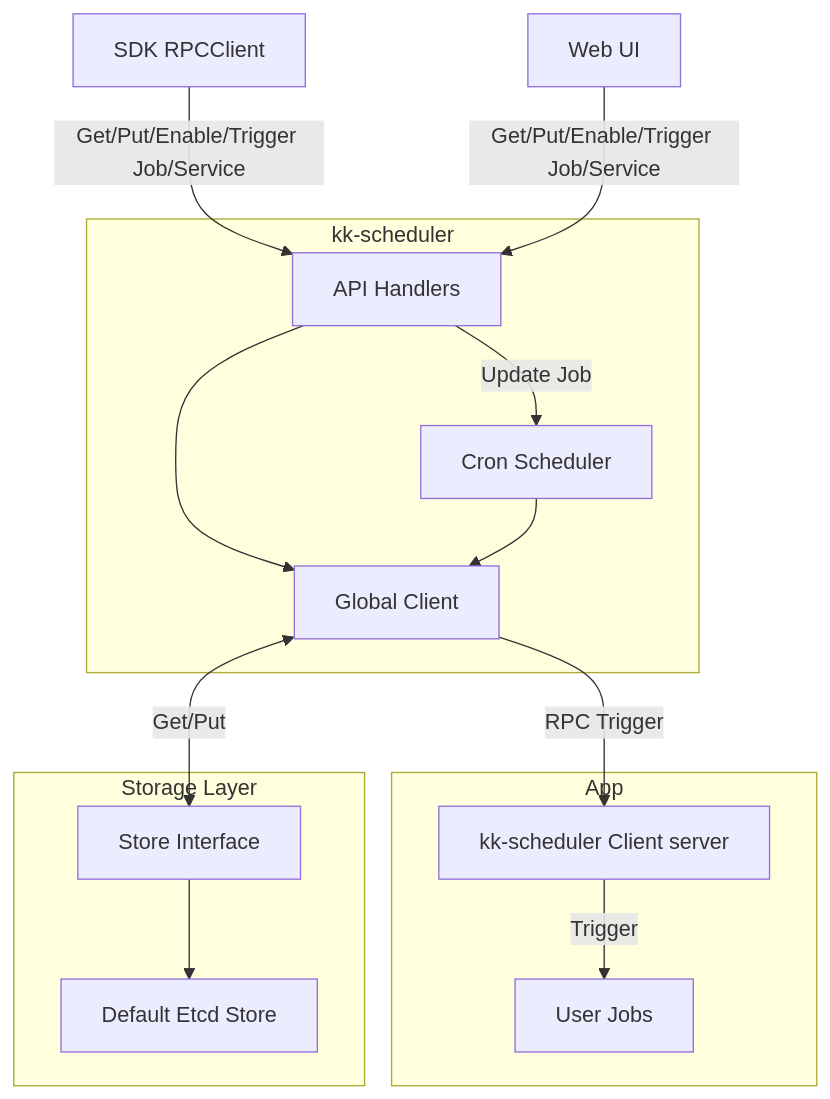
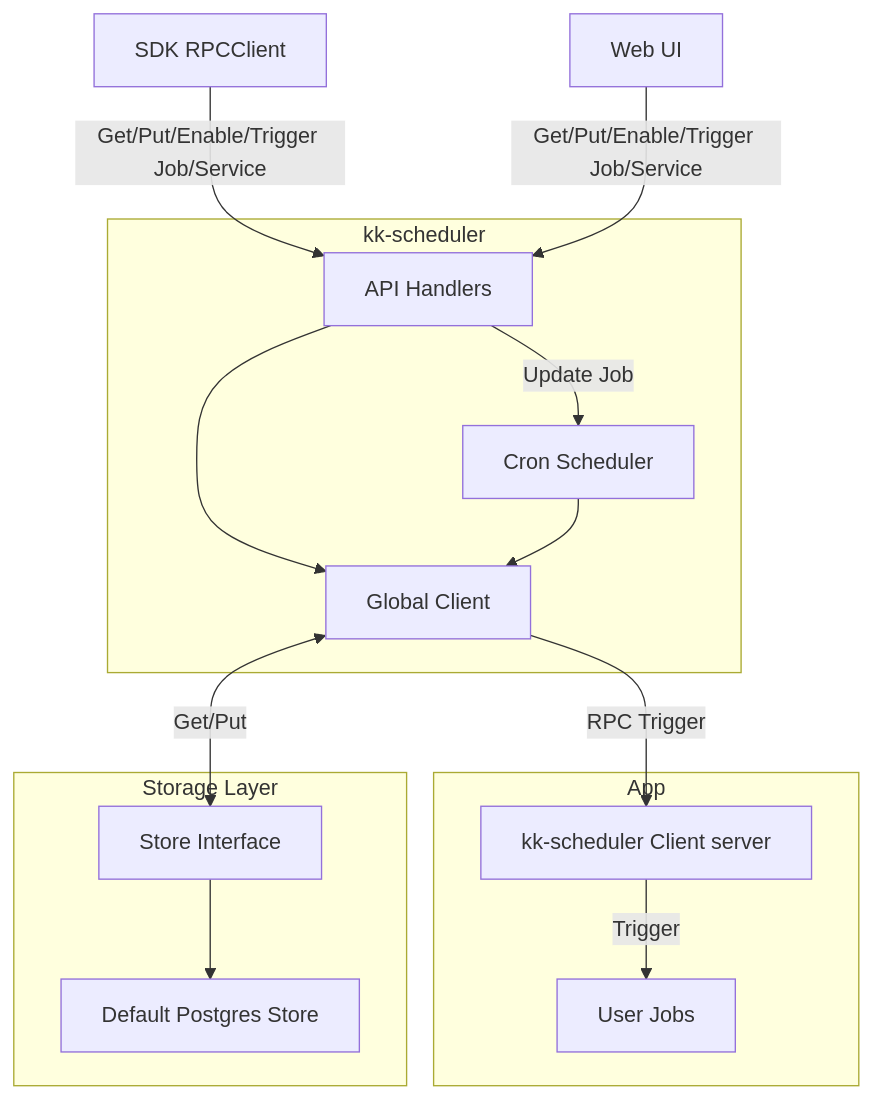
Before and after one commit to cruvie/kk_scheduler: the diagram in README.md, drawn with Mermaid.

````diff
--- a/README.md
+++ b/README.md
@@ -31,31 +31,31 @@
 ```mermaid
 graph TB
     U[SDK RPCClient]
     W[Web UI]
 
     subgraph kk-scheduler
         C[API Handlers]
         G[Global Client]
         F[Cron Scheduler]
         C -- Update Job --> F
     end
 
     subgraph App
         A[kk-scheduler Client server]
         A2[User Jobs]
         A -- Trigger --> A2
     end
 
     subgraph Storage Layer
         J[Store Interface]
-        I[Default Etcd Store]
+        I[Default Postgres Store]
     end
 
     U -- Get/Put/Enable/Trigger Job/Service --> C
     W -- Get/Put/Enable/Trigger Job/Service --> C
     C --> G
     F --> G
     G -- RPC Trigger --> A
     G <-- Get/Put --> J
     J --> I
 ```
````
